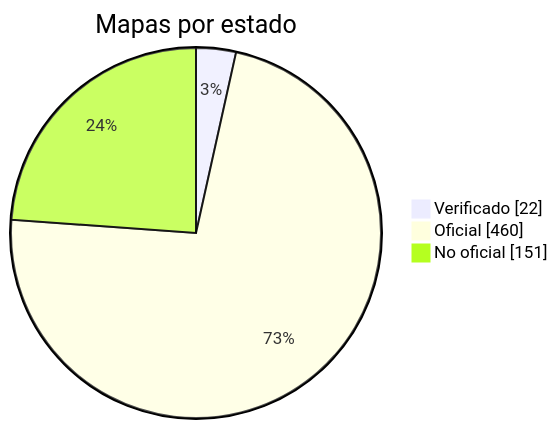
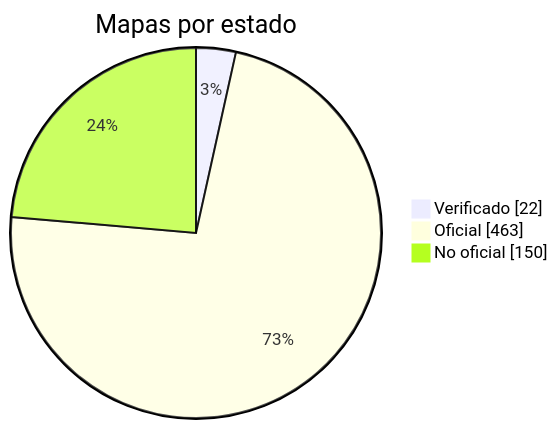
The diagram in docs/readme/README_ES.md (nobrega8/mbmap-library), drawn with Mermaid before and after one commit. The commit also changed 4 other files, not shown here.

````diff
--- a/docs/readme/README_ES.md
+++ b/docs/readme/README_ES.md
@@ -54,7 +54,7 @@
 ```mermaid
 pie showData
     title Mapas por estado
     "Verificado" : 22
-    "Oficial" : 460
-    "No oficial" : 151
+    "Oficial" : 463
+    "No oficial" : 150
 ```
````
